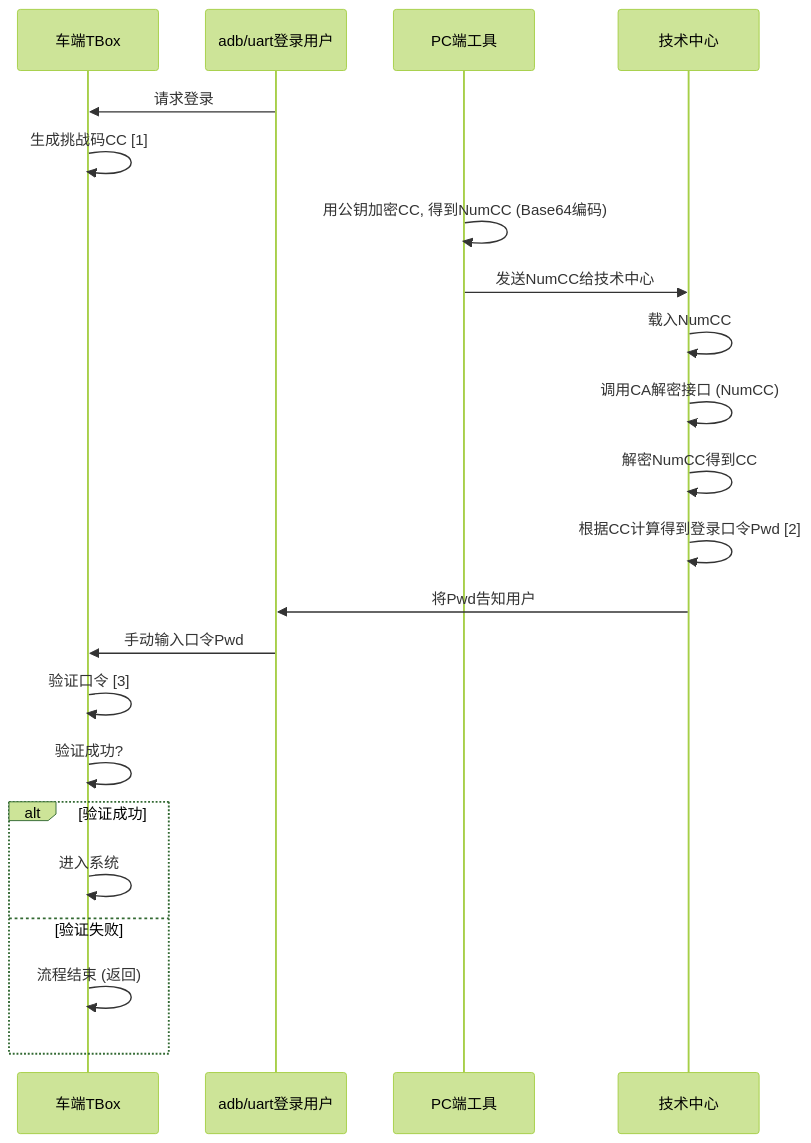
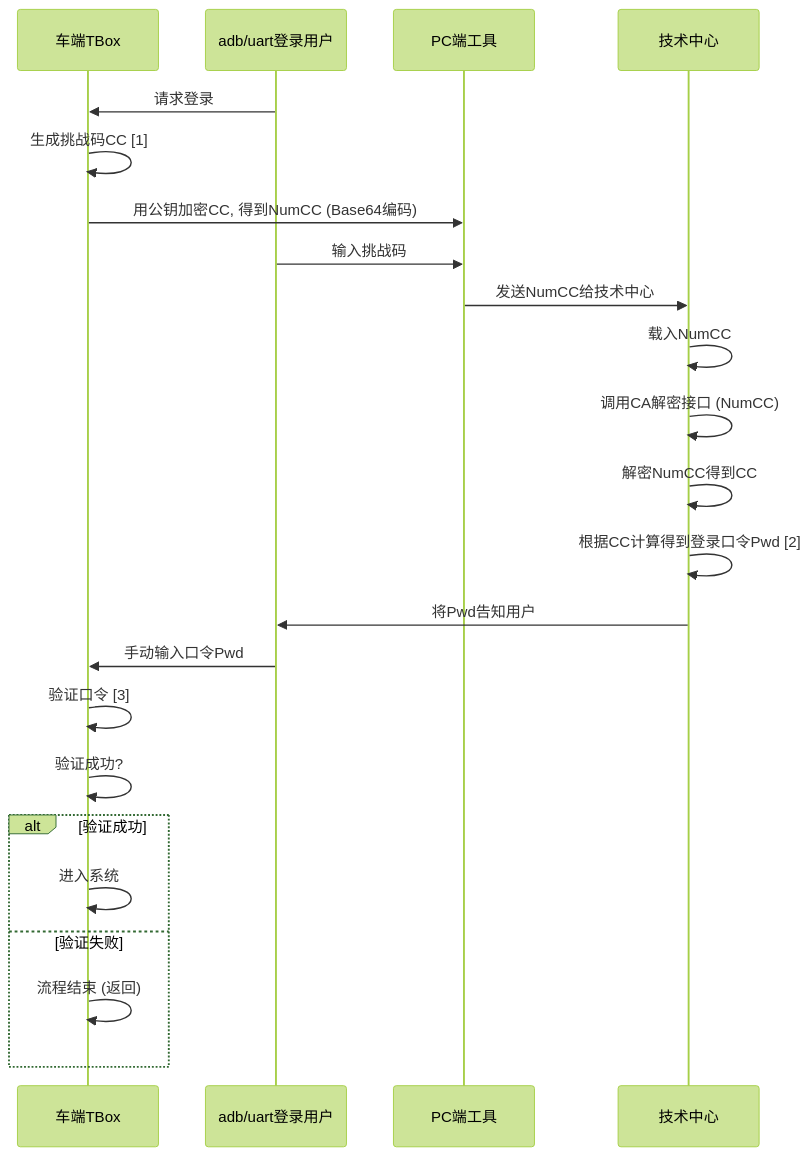
The diagram in all/未命名-13.md (facebook-cloud/iodraw-files), drawn with Mermaid (forest theme) before and after one commit.

Commit message:
2026-01-26 18:38:14 update

````diff
--- a/all/未命名-13.md
+++ b/all/未命名-13.md
@@ -1,29 +1,29 @@
 ```mermaid
 sequenceDiagram
     participant tbox as 车端TBox
     participant user as adb/uart登录用户
     participant pc as PC端工具
     participant tech_center as 技术中心
   
 
     user->>tbox: 请求登录
     tbox->>tbox: 生成挑战码CC [1]
-    
-    pc->>pc: 用公钥加密CC, 得到NumCC (Base64编码)
+    tbox->>pc: 用公钥加密CC, 得到NumCC (Base64编码)
+    user->>pc: 输入挑战码
     pc->>tech_center: 发送NumCC给技术中心
     tech_center->>tech_center: 载入NumCC
     tech_center->>tech_center: 调用CA解密接口 (NumCC)
     tech_center->>tech_center: 解密NumCC得到CC
     tech_center->>tech_center: 根据CC计算得到登录口令Pwd [2]
     tech_center->>user: 将Pwd告知用户
     user->>tbox: 手动输入口令Pwd
     tbox->>tbox: 验证口令 [3]
     tbox->>tbox: 验证成功?
     alt 验证成功
         tbox->>tbox: 进入系统
     else 验证失败
         tbox->>tbox: 流程结束 (返回)
     end
 
 
 ```
````
